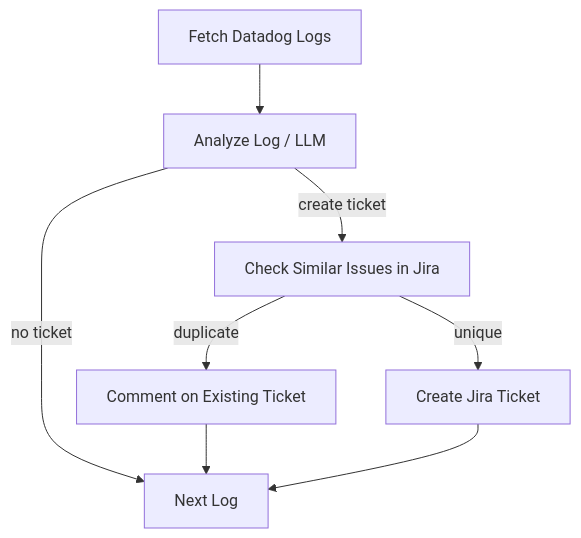
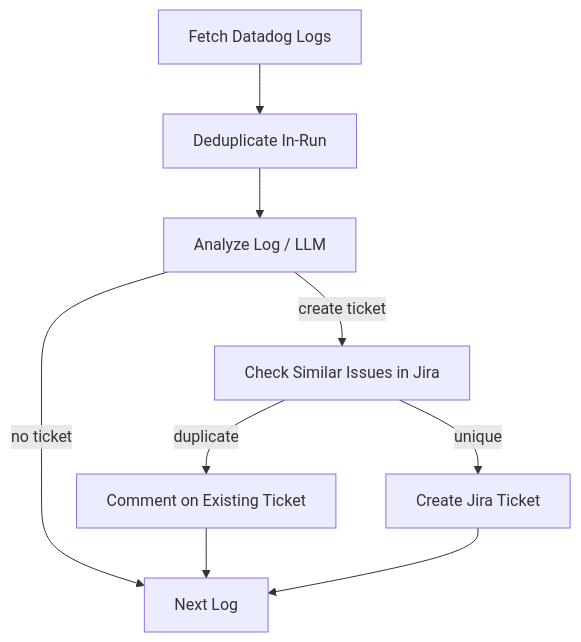
Before and after one commit to jmlaranjeira/dogcatcher-agent: the diagram in README.md, drawn with Mermaid. The commit also changed other lines of this file and 4 other files, not shown here.

````diff
--- a/README.md
+++ b/README.md
@@ -8,10 +8,11 @@
 ```mermaid
 graph TD;
-    A[Fetch Datadog Logs] --> B[Analyze Log / LLM];
-    B -->|create ticket| C[Check Similar Issues in Jira];
-    B -->|no ticket| G[Next Log];
-    C -->|duplicate| D[Comment on Existing Ticket];
-    C -->|unique| E[Create Jira Ticket];
-    D --> G;
+    A[Fetch Datadog Logs] --> B[Deduplicate In-Run];
+    B --> C[Analyze Log / LLM];
+    C -->|no ticket| G[Next Log];
+    C -->|create ticket| D[Check Similar Issues in Jira];
+    D -->|duplicate| E[Comment on Existing Ticket];
+    D -->|unique| F[Create Jira Ticket];
     E --> G;
+    F --> G;
 ```
````
